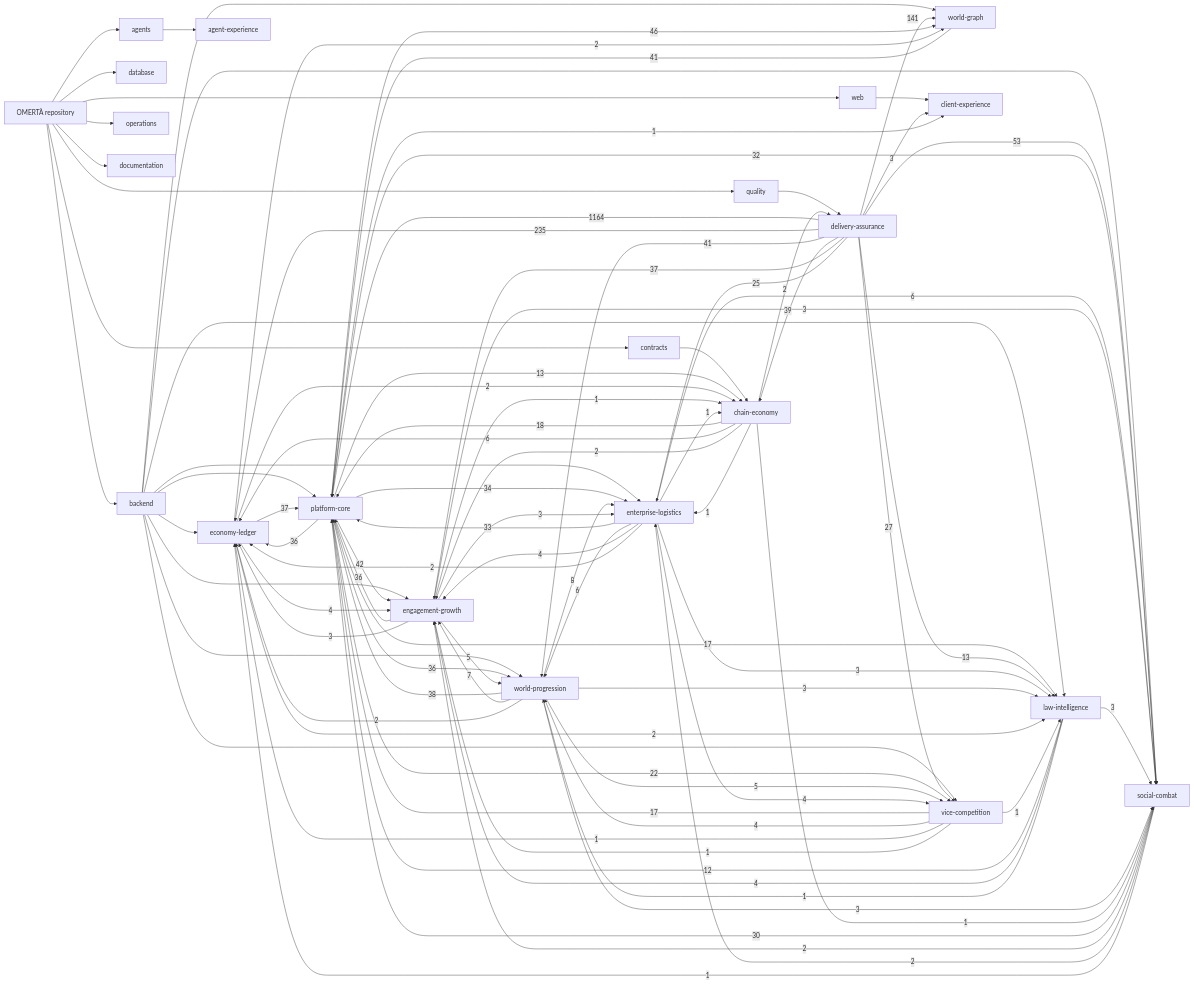
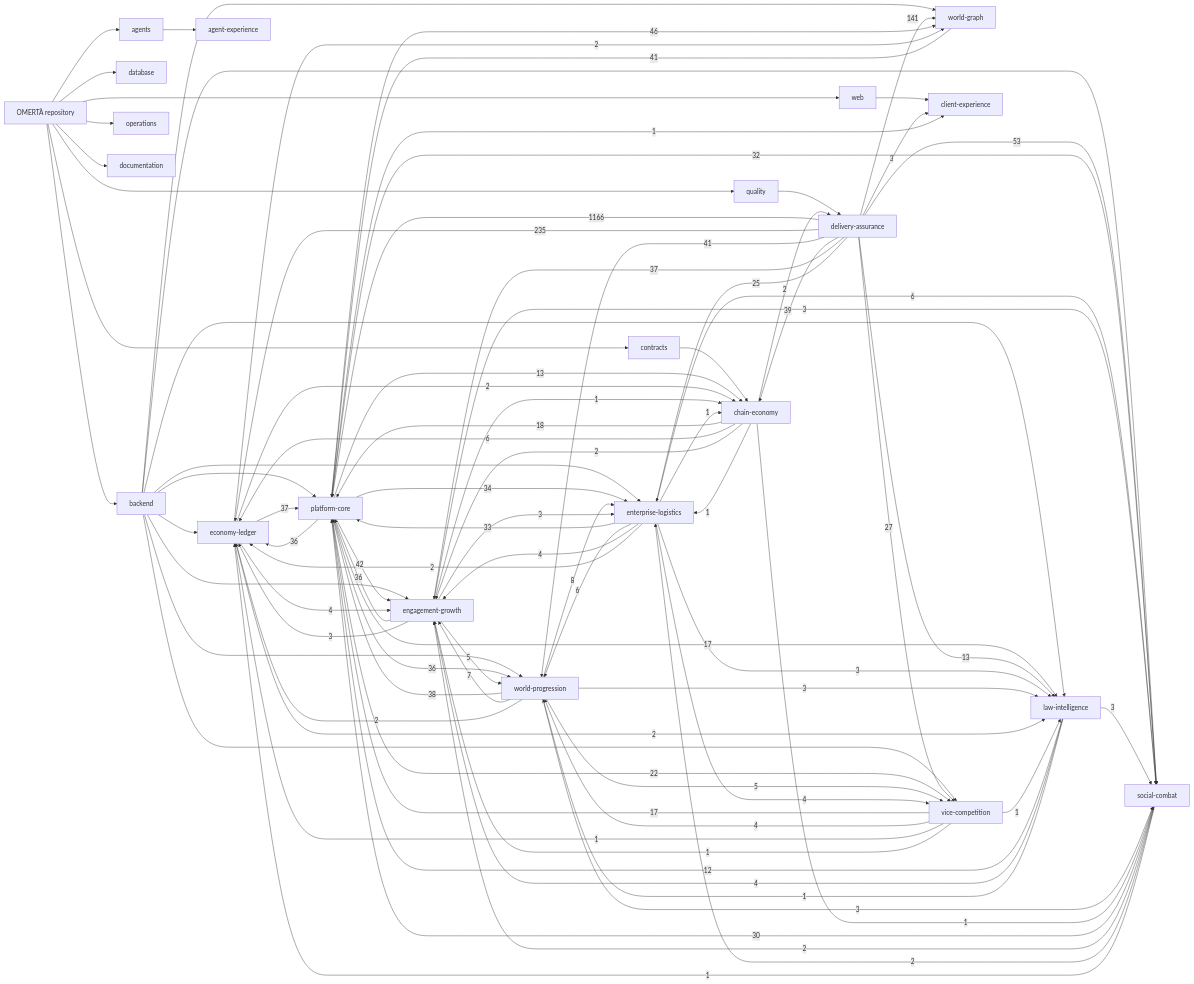
One commit to OmertaDev/Omerta changed the diagram in knowledge/generated/graph.mmd. Above: the diagram before and after it, drawn with Mermaid. The commit also changed 7 other files, not shown here.

```diff
--- a/knowledge/generated/graph.mmd
+++ b/knowledge/generated/graph.mmd
@@ -1,111 +1,111 @@
 flowchart LR
   repo["OMERTÀ repository"]
   sub_backend["backend"]
   repo --> sub_backend
   sub_database["database"]
   repo --> sub_database
   sub_web["web"]
   repo --> sub_web
   sub_contracts["contracts"]
   repo --> sub_contracts
   sub_agents["agents"]
   repo --> sub_agents
   sub_quality["quality"]
   repo --> sub_quality
   sub_operations["operations"]
   repo --> sub_operations
   sub_documentation["documentation"]
   repo --> sub_documentation
   dom_platform-core["platform-core"]
   dom_economy-ledger["economy-ledger"]
   dom_social-combat["social-combat"]
   dom_world-progression["world-progression"]
   dom_world-graph["world-graph"]
   dom_enterprise-logistics["enterprise-logistics"]
   dom_vice-competition["vice-competition"]
   dom_law-intelligence["law-intelligence"]
   dom_chain-economy["chain-economy"]
   dom_engagement-growth["engagement-growth"]
   dom_client-experience["client-experience"]
   dom_agent-experience["agent-experience"]
   dom_delivery-assurance["delivery-assurance"]
   sub_agents --> dom_agent-experience
   sub_backend --> dom_economy-ledger
   sub_backend --> dom_engagement-growth
   sub_backend --> dom_enterprise-logistics
   sub_backend --> dom_law-intelligence
   sub_backend --> dom_platform-core
   sub_backend --> dom_social-combat
   sub_backend --> dom_vice-competition
   sub_backend --> dom_world-graph
   sub_backend --> dom_world-progression
   sub_contracts --> dom_chain-economy
   sub_quality --> dom_delivery-assurance
   sub_web --> dom_client-experience
-  dom_delivery-assurance -->|1164| dom_platform-core
+  dom_delivery-assurance -->|1166| dom_platform-core
   dom_delivery-assurance -->|235| dom_economy-ledger
   dom_delivery-assurance -->|141| dom_world-graph
   dom_delivery-assurance -->|53| dom_social-combat
   dom_platform-core -->|46| dom_world-graph
   dom_platform-core -->|42| dom_engagement-growth
   dom_delivery-assurance -->|41| dom_world-progression
   dom_world-graph -->|41| dom_platform-core
   dom_delivery-assurance -->|39| dom_chain-economy
   dom_world-progression -->|38| dom_platform-core
   dom_delivery-assurance -->|37| dom_engagement-growth
   dom_economy-ledger -->|37| dom_platform-core
   dom_engagement-growth -->|36| dom_platform-core
   dom_platform-core -->|36| dom_economy-ledger
   dom_platform-core -->|36| dom_world-progression
   dom_platform-core -->|34| dom_enterprise-logistics
   dom_enterprise-logistics -->|33| dom_platform-core
   dom_platform-core -->|32| dom_social-combat
   dom_social-combat -->|30| dom_platform-core
   dom_delivery-assurance -->|27| dom_vice-competition
   dom_delivery-assurance -->|25| dom_enterprise-logistics
   dom_platform-core -->|22| dom_vice-competition
   dom_chain-economy -->|18| dom_platform-core
   dom_platform-core -->|17| dom_law-intelligence
   dom_vice-competition -->|17| dom_platform-core
   dom_delivery-assurance -->|13| dom_law-intelligence
   dom_platform-core -->|13| dom_chain-economy
   dom_law-intelligence -->|12| dom_platform-core
   dom_world-progression -->|8| dom_enterprise-logistics
   dom_world-progression -->|7| dom_engagement-growth
   dom_chain-economy -->|6| dom_economy-ledger
   dom_enterprise-logistics -->|6| dom_social-combat
   dom_enterprise-logistics -->|6| dom_world-progression
   dom_engagement-growth -->|5| dom_world-progression
   dom_world-progression -->|5| dom_vice-competition
   dom_economy-ledger -->|4| dom_engagement-growth
   dom_enterprise-logistics -->|4| dom_engagement-growth
   dom_enterprise-logistics -->|4| dom_vice-competition
   dom_law-intelligence -->|4| dom_engagement-growth
   dom_vice-competition -->|4| dom_world-progression
   dom_delivery-assurance -->|3| dom_client-experience
   dom_engagement-growth -->|3| dom_economy-ledger
   dom_engagement-growth -->|3| dom_enterprise-logistics
   dom_engagement-growth -->|3| dom_social-combat
   dom_enterprise-logistics -->|3| dom_law-intelligence
   dom_law-intelligence -->|3| dom_social-combat
   dom_world-progression -->|3| dom_law-intelligence
   dom_world-progression -->|3| dom_social-combat
   dom_chain-economy -->|2| dom_delivery-assurance
   dom_chain-economy -->|2| dom_engagement-growth
   dom_economy-ledger -->|2| dom_chain-economy
   dom_economy-ledger -->|2| dom_law-intelligence
   dom_economy-ledger -->|2| dom_world-graph
   dom_enterprise-logistics -->|2| dom_economy-ledger
   dom_social-combat -->|2| dom_engagement-growth
   dom_social-combat -->|2| dom_enterprise-logistics
   dom_world-progression -->|2| dom_economy-ledger
   dom_chain-economy -->|1| dom_enterprise-logistics
   dom_chain-economy -->|1| dom_social-combat
   dom_engagement-growth -->|1| dom_chain-economy
   dom_enterprise-logistics -->|1| dom_chain-economy
   dom_law-intelligence -->|1| dom_world-progression
   dom_platform-core -->|1| dom_client-experience
   dom_social-combat -->|1| dom_economy-ledger
   dom_vice-competition -->|1| dom_economy-ledger
   dom_vice-competition -->|1| dom_engagement-growth
   dom_vice-competition -->|1| dom_law-intelligence
```
